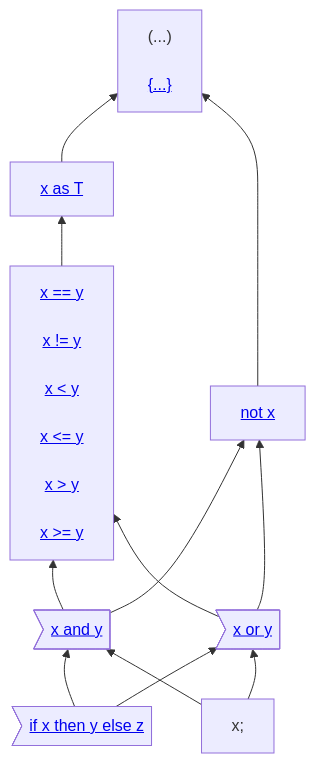
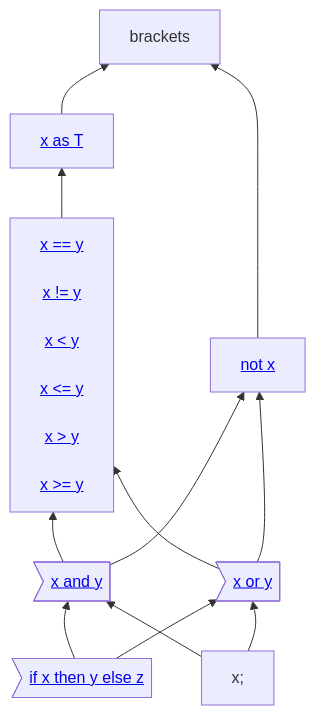
One commit to carbon-language/carbon-lang changed the first of 2 diagrams in docs/design/expressions/README.md. Above: the diagram before and after it, drawn with Mermaid. The commit also changed other lines of this file, not shown here.

````diff
--- a/docs/design/expressions/README.md
+++ b/docs/design/expressions/README.md
@@ -49,22 +49,21 @@
 ```mermaid
 graph BT
-    brackets["(...)<br>
-              <a href='../classes.md#literals'>{...}</a>"]
+    click brackets["(...)] href "../classes.md#literals"
     as["<a href='#conversions-and-casts'>x as T</a>"]
     not["<a href='logical_operators.md'>not x</a>"]
     comparison["<a href='comparison_operators.md'>x == y<br>
                                                   x != y<br>
                                                   x < y<br>
                                                   x <= y<br>
                                                   x > y<br>
                                                   x >= y</a>"]
     and>"<a href='logical_operators.md'>x and y</a>"]
     or>"<a href='logical_operators.md'>x or y</a>"]
     if>"<a href='#if-expressions'>if x then y else z</a>"]
     expressionEnd["x;"]
 
     as & not --> brackets
     comparison --> as
     and & or --> comparison & not
     if & expressionEnd --> and & or
 ```
````
